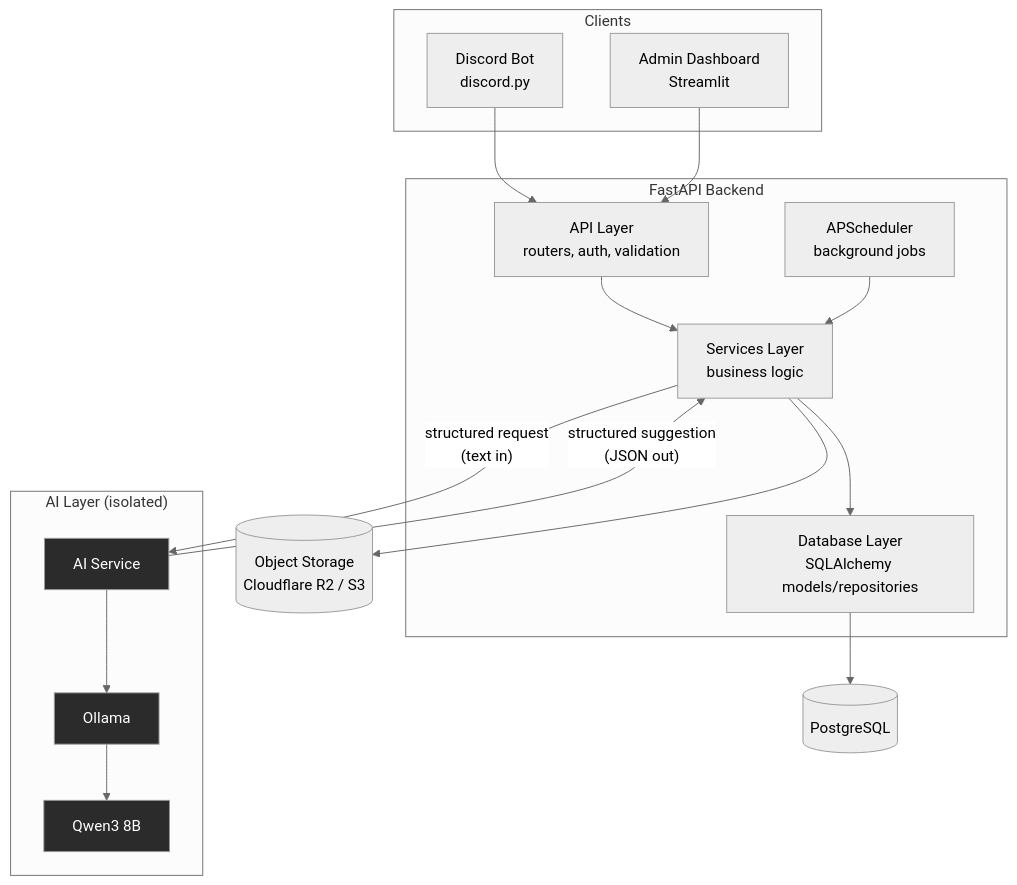
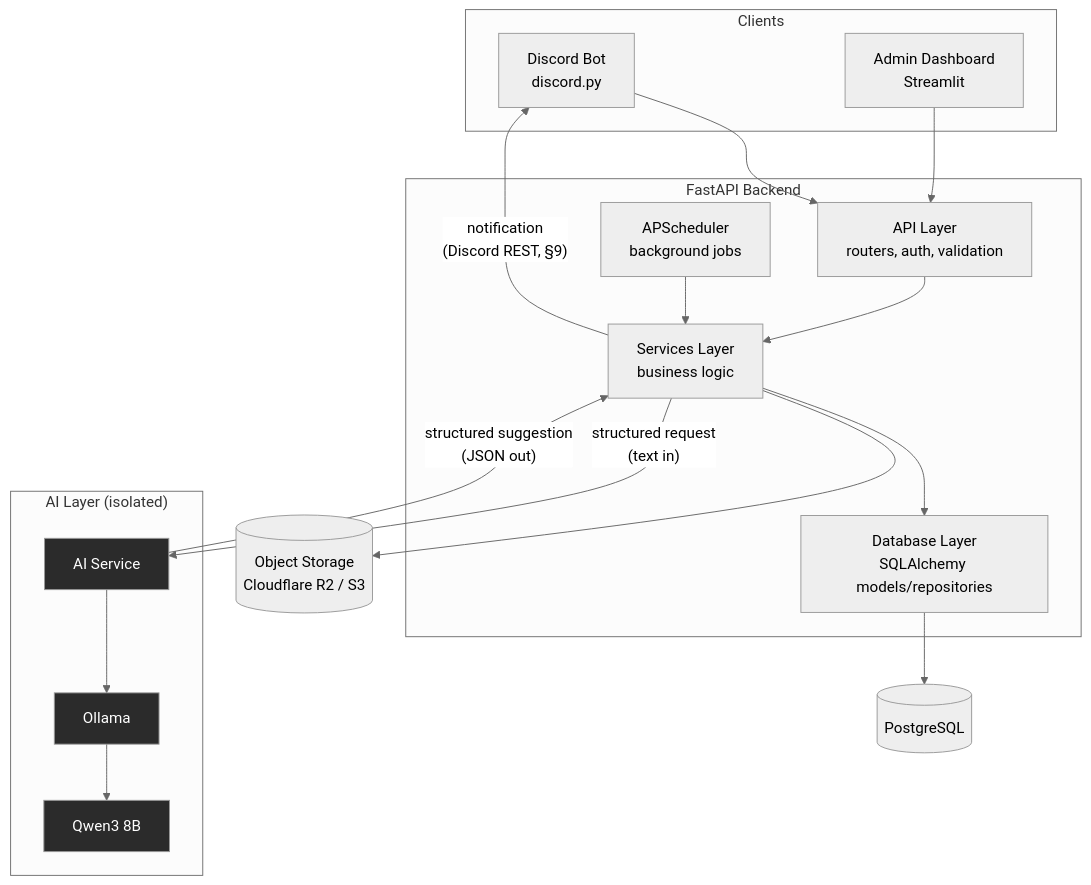
One commit to kirubasaravanan/DiscordPg changed the first of 3 diagrams in docs/ARCHITECTURE.md. Above: the diagram before and after it, drawn with Mermaid (neutral theme). The commit also changed other lines of this file and 32 other files, not shown here.

````diff
--- a/docs/ARCHITECTURE.md
+++ b/docs/ARCHITECTURE.md
@@ -21,38 +21,39 @@
 ```mermaid
 flowchart TB
     subgraph Clients
         DC[Discord Bot<br/>discord.py]
         DASH[Admin Dashboard<br/>Streamlit]
     end
 
     subgraph Backend["FastAPI Backend"]
         API[API Layer<br/>routers, auth, validation]
         SVC[Services Layer<br/>business logic]
         DBL[Database Layer<br/>SQLAlchemy models/repositories]
         SCHED[APScheduler<br/>background jobs]
     end
 
     PG[(PostgreSQL)]
     STORE[(Object Storage<br/>Cloudflare R2 / S3)]
 
     subgraph AI["AI Layer (isolated)"]
         AISVC[AI Service]
         OLLAMA[Ollama]
         QWEN[Qwen3 8B]
     end
 
     DC --> API
     DASH --> API
     API --> SVC
     SVC --> DBL
     DBL --> PG
     SVC --> STORE
     SCHED --> SVC
+    SVC -- "notification<br/>(Discord REST, §9)" --> DC
     SVC -- "structured request<br/>(text in)" --> AISVC
     AISVC -- "structured suggestion<br/>(JSON out)" --> SVC
     AISVC --> OLLAMA --> QWEN
 
     style AISVC fill:#2b2b2b,color:#fff
     style OLLAMA fill:#2b2b2b,color:#fff
     style QWEN fill:#2b2b2b,color:#fff
 ```
````
